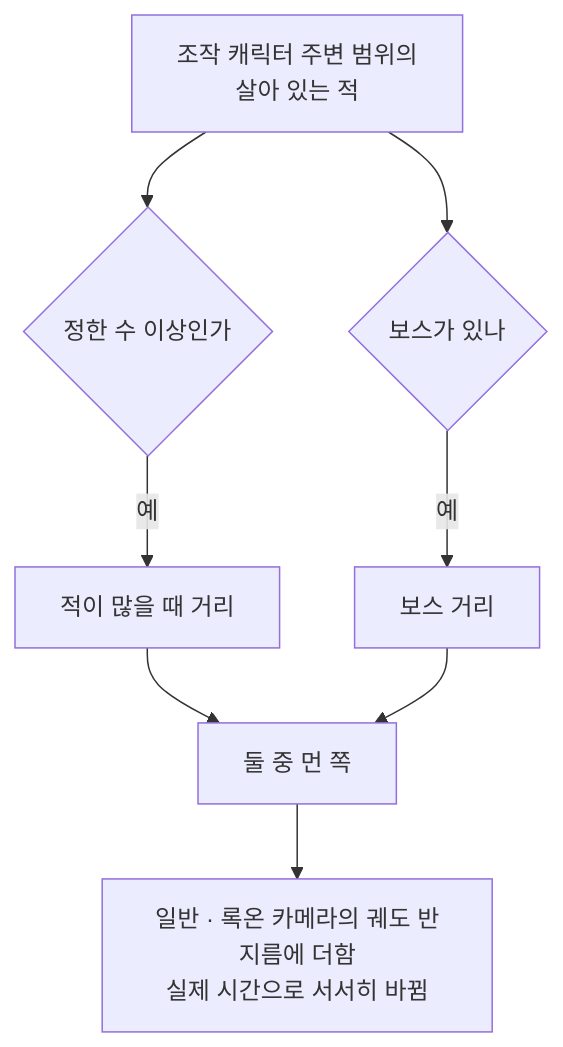
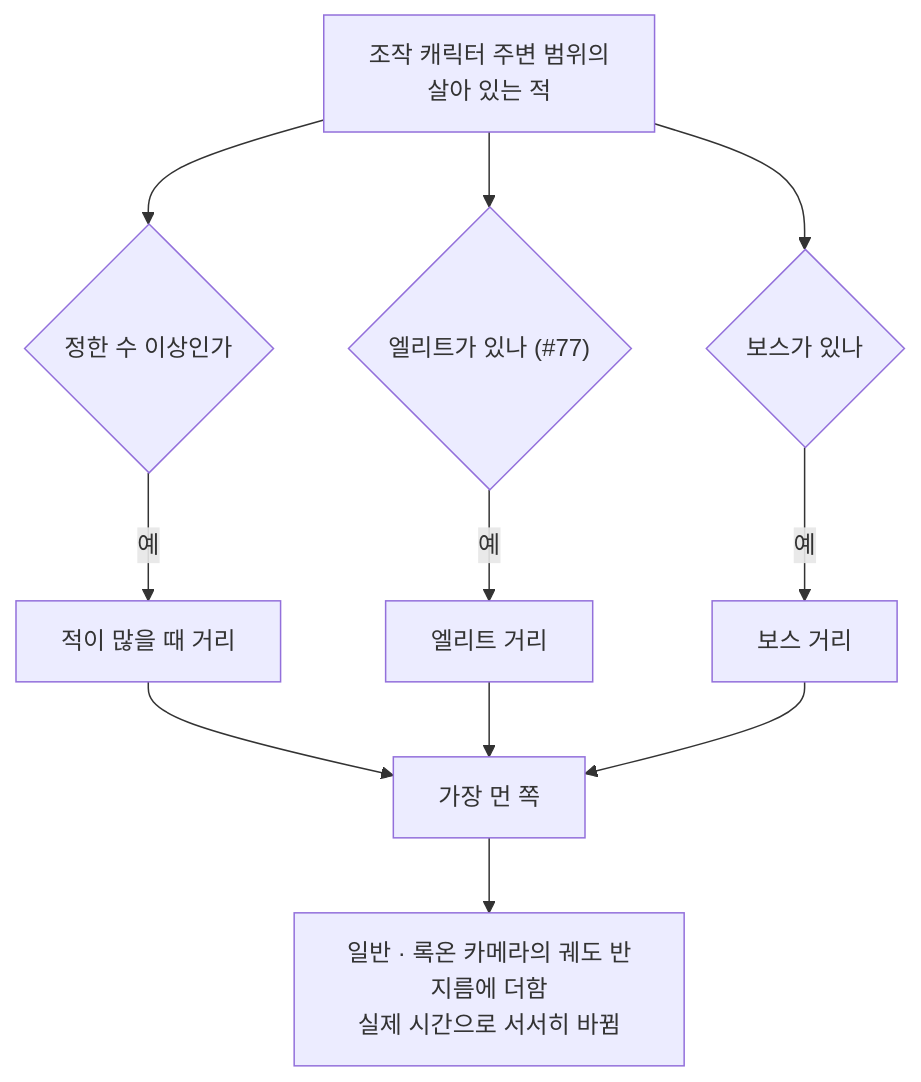
One commit to SquashPrince/Develrocket_mp15_HHH changed the fifth of 5 diagrams in Docs/Technical/Battle/BattleFeedback.md. Above: the diagram before and after it, drawn with Mermaid. The commit also changed other lines of this file and 226 other files, not shown here.

````diff
--- a/Docs/Technical/Battle/BattleFeedback.md
+++ b/Docs/Technical/Battle/BattleFeedback.md
@@ -158,10 +158,13 @@
 ```mermaid
 flowchart TD
     A["조작 캐릭터 주변 범위의<br>살아 있는 적"] --> B{"정한 수 이상인가"}
+    A --> L{"엘리트가 있나 (#77)"}
     A --> C{"보스가 있나"}
     B -->|"예"| D["적이 많을 때 거리"]
+    L -->|"예"| EL["엘리트 거리"]
     C -->|"예"| E["보스 거리"]
-    D --> M["둘 중 먼 쪽"]
+    D --> M["가장 먼 쪽"]
+    EL --> M
     E --> M
     M --> R["일반 · 록온 카메라의 궤도 반지름에 더함<br>실제 시간으로 서서히 바뀜"]
 ```
````
